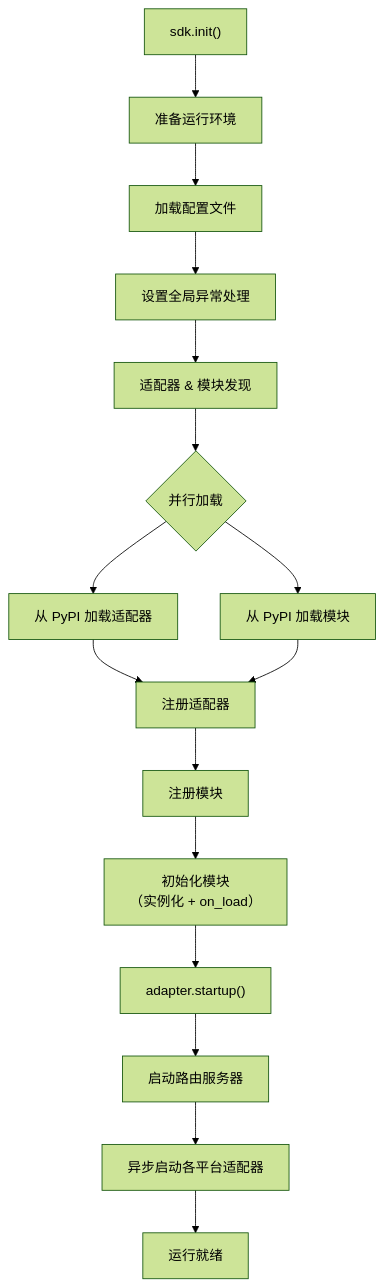
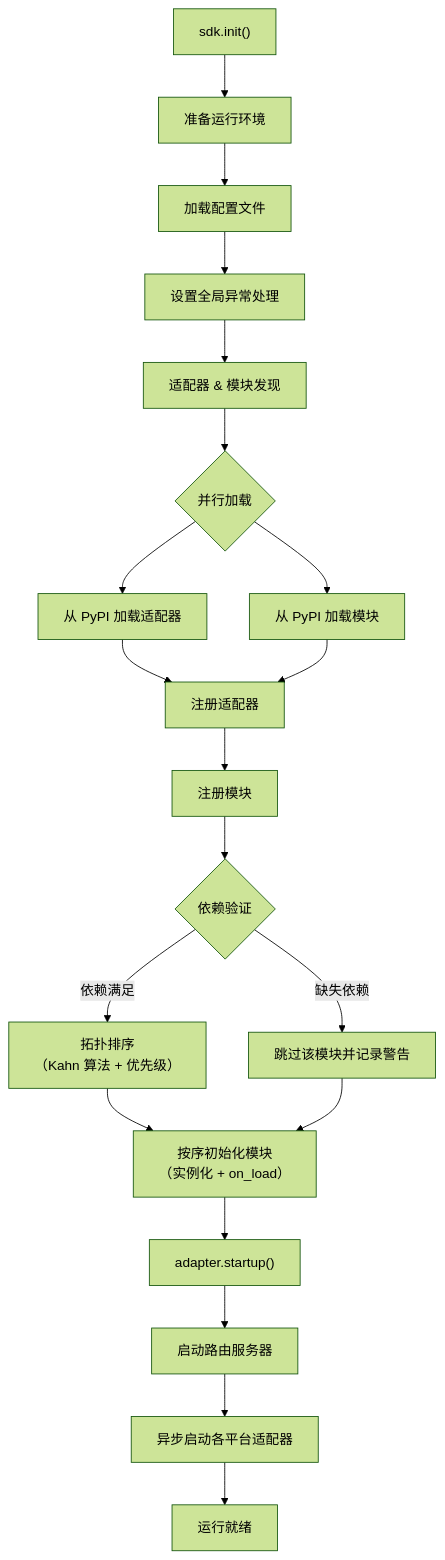
Before and after one commit to ErisPulse/ErisPulse: the second of 5 diagrams in docs/zh-CN/architecture.md, drawn with Mermaid (forest theme). The commit also changed other lines of this file and 16 other files, not shown here.

````diff
--- a/docs/zh-CN/architecture.md
+++ b/docs/zh-CN/architecture.md
@@ -57,17 +60,21 @@
 ```mermaid
 flowchart TD
     A["sdk.init()"] --> B["准备运行环境"]
     B --> B1["加载配置文件"]
     B1 --> B2["设置全局异常处理"]
     B2 --> C["适配器 & 模块发现"]
     C --> D{"并行加载"}
     D --> D1["从 PyPI 加载适配器"]
     D --> D2["从 PyPI 加载模块"]
     D1 & D2 --> E["注册适配器"]
     E --> F["注册模块"]
-    F --> G["初始化模块<br/>（实例化 + on_load）"]
+    F --> F1{"依赖验证"}
+    F1 -->|"缺失依赖"| F2["跳过该模块并记录警告"]
+    F1 -->|"依赖满足"| F3["拓扑排序<br/>（Kahn 算法 + 优先级）"]
+    F3 --> G["按序初始化模块<br/>（实例化 + on_load）"]
+    F2 --> G
     G --> H["adapter.startup()"]
     H --> I["启动路由服务器"]
     I --> J["异步启动各平台适配器"]
     J --> K["运行就绪"]
 ```
````
